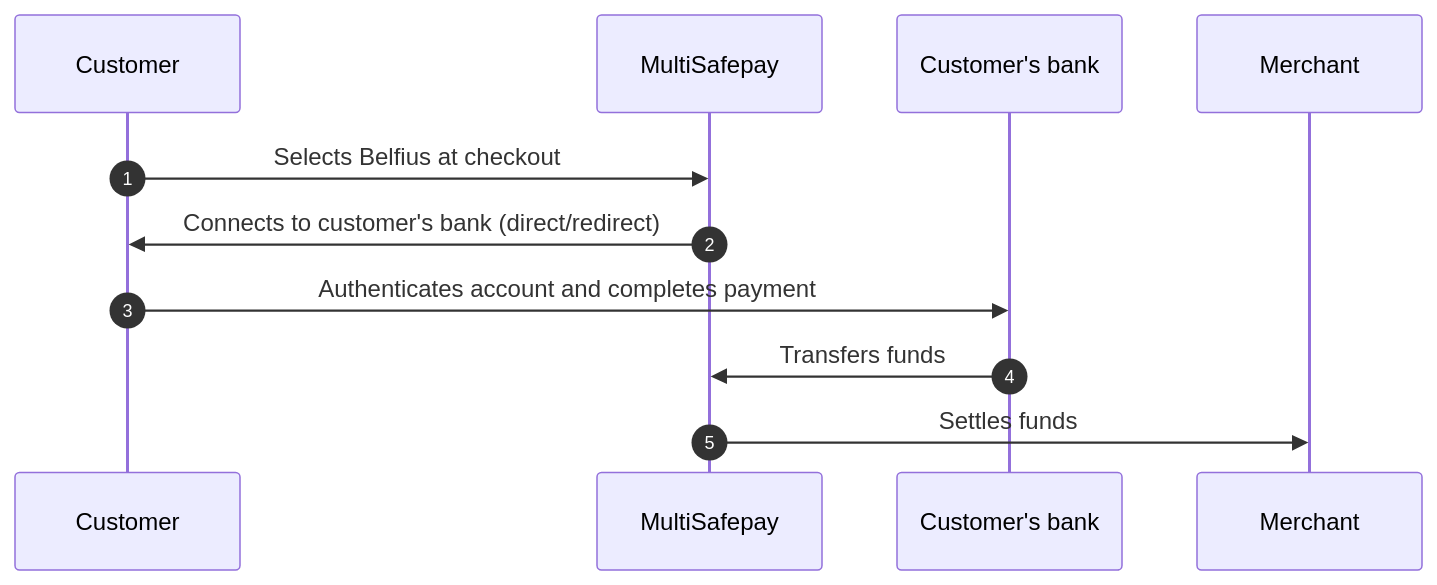
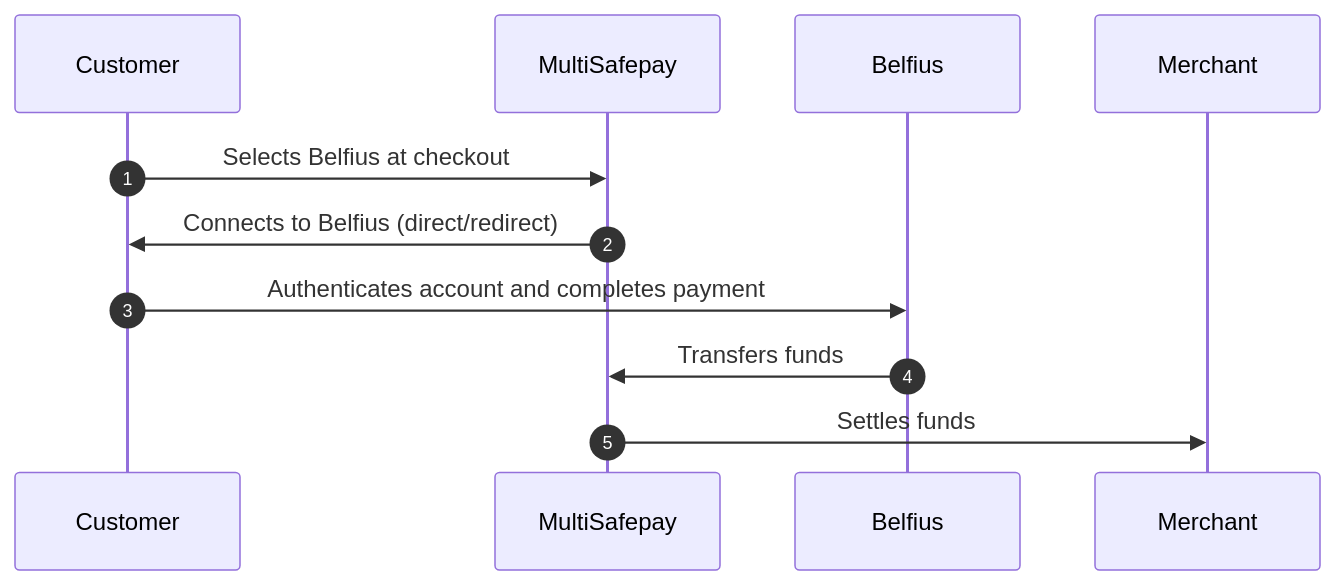
One commit to MultiSafepay/docs changed the diagram in content/payments/methods/banks/belfius/payment-flow.md. Above: the diagram before and after it, drawn with Mermaid. The commit also changed other lines of this file and 37 other files, not shown here.

```diff
--- a/content/payments/methods/banks/belfius/payment-flow.md
+++ b/content/payments/methods/banks/belfius/payment-flow.md
@@ -16,16 +16,16 @@
 {{< mermaid class="text-center" >}}
 
 sequenceDiagram
     autonumber
     participant C as Customer
     participant Mu as MultiSafepay
-    participant CB as Customer's bank
+    participant B as Belfius
     participant Me as Merchant
 
     C->>Mu: Selects Belfius at checkout
-    Mu->>C: Connects to customer's bank (direct/redirect)
-    C->>CB: Authenticates account and completes payment
-    CB->>Mu: Transfers funds 
+    Mu->>C: Connects to Belfius (direct/redirect)
+    C->>B: Authenticates account and completes payment
+    B->>Mu: Transfers funds 
     Mu->>Me: Settles funds
 
 {{< /mermaid >}}
```
